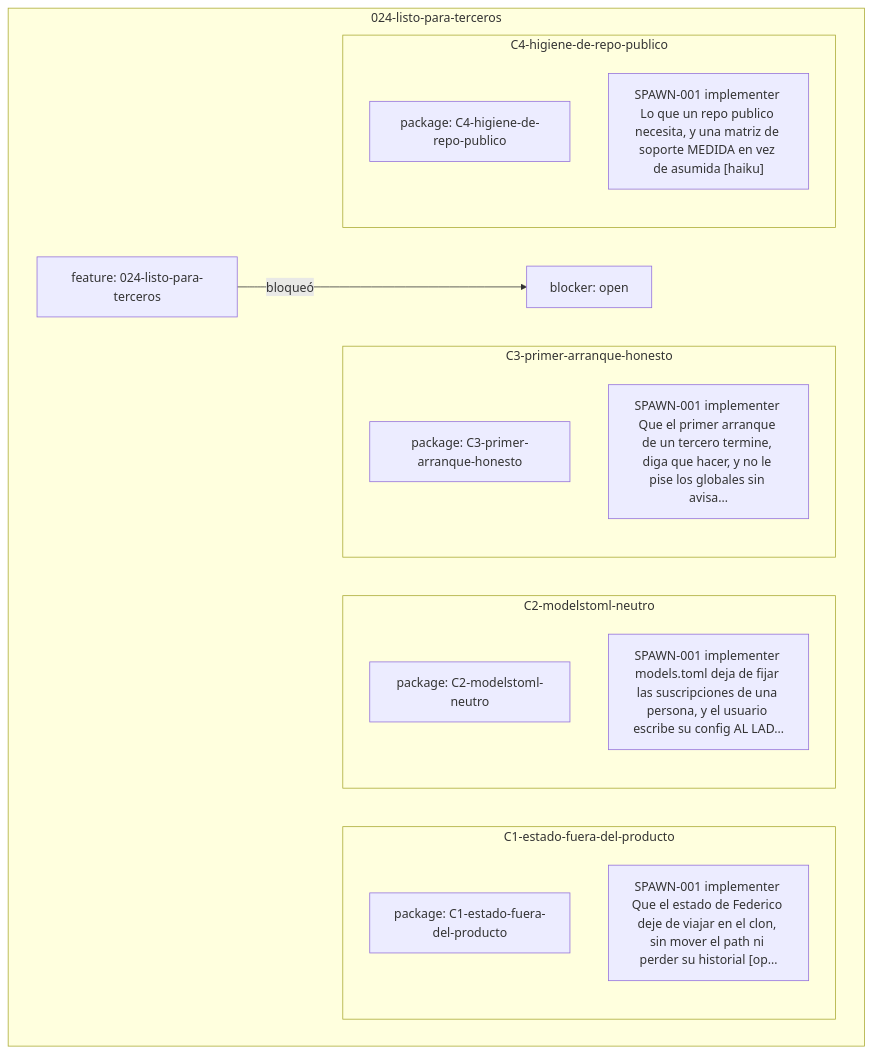
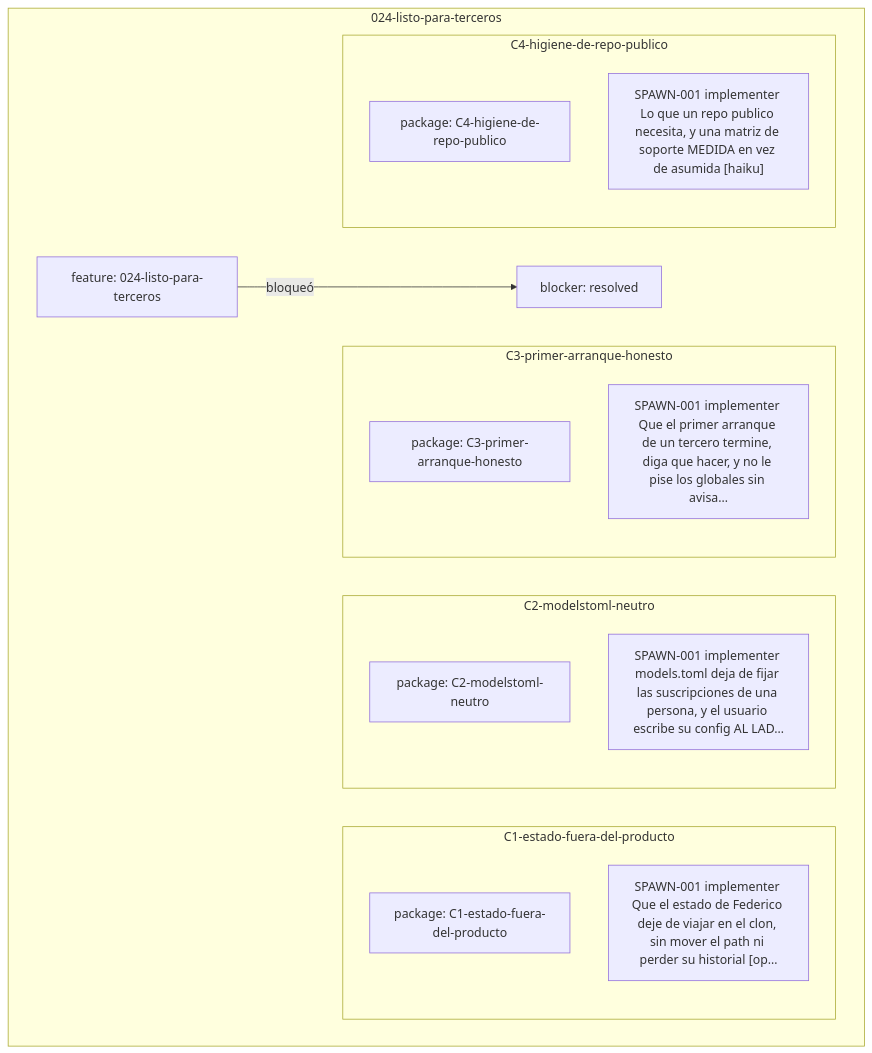
The diagram in docs/notas/features/024-listo-para-terceros/grafo.md (federico0330/set-agents), drawn with Mermaid before and after one commit. The commit also changed 75 other files, not shown here.

````diff
--- a/docs/notas/features/024-listo-para-terceros/grafo.md
+++ b/docs/notas/features/024-listo-para-terceros/grafo.md
@@ -4,24 +4,24 @@
 ```mermaid
 flowchart TD
 subgraph sg_024_listo_para_terceros["024-listo-para-terceros"]
   feature_024_listo_para_terceros_1["feature: 024-listo-para-terceros"]
-  blocker_024_listo_para_terceros_1["blocker: open"]
+  blocker_024_listo_para_terceros_1["blocker: resolved"]
   subgraph sg_024_listo_para_terceros_c1_estado_fuera_del_producto["C1-estado-fuera-del-producto"]
     package_024_listo_para_terceros_c1_estado_fuera_del_producto_1["package: C1-estado-fuera-del-producto"]
     spawn_024_listo_para_terceros_c1_estado_fuera_del_producto_1["SPAWN-001 implementer Que el estado de Federico deje de viajar en el clon, sin mover el path ni perder su historial #91;op…"]
   end
   subgraph sg_024_listo_para_terceros_c2_modelstoml_neutro["C2-modelstoml-neutro"]
     package_024_listo_para_terceros_c2_modelstoml_neutro_1["package: C2-modelstoml-neutro"]
     spawn_024_listo_para_terceros_c2_modelstoml_neutro_1["SPAWN-001 implementer models.toml deja de fijar las suscripciones de una persona, y el usuario escribe su config AL LAD…"]
   end
   subgraph sg_024_listo_para_terceros_c3_primer_arranque_honesto["C3-primer-arranque-honesto"]
     package_024_listo_para_terceros_c3_primer_arranque_honesto_1["package: C3-primer-arranque-honesto"]
     spawn_024_listo_para_terceros_c3_primer_arranque_honesto_1["SPAWN-001 implementer Que el primer arranque de un tercero termine, diga que hacer, y no le pise los globales sin avisa…"]
   end
   subgraph sg_024_listo_para_terceros_c4_higiene_de_repo_publico["C4-higiene-de-repo-publico"]
     package_024_listo_para_terceros_c4_higiene_de_repo_publico_1["package: C4-higiene-de-repo-publico"]
     spawn_024_listo_para_terceros_c4_higiene_de_repo_publico_1["SPAWN-001 implementer Lo que un repo publico necesita, y una matriz de soporte MEDIDA en vez de asumida #91;haiku#93;"]
   end
 end
 feature_024_listo_para_terceros_1 -->|bloqueó| blocker_024_listo_para_terceros_1
 ```
````
